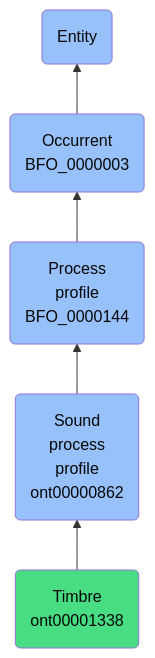
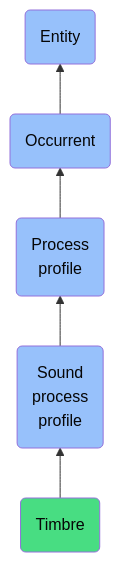
The diagram in docs/ontology/reference/model/Entity/Occurrent/Process profile/Sound process profile/Timbre/Timbre.md (jupyter-naas/abi), drawn with Mermaid before and after one commit. The commit also changed other lines of this file and 1430 other files, not shown here.

````diff
--- a/docs/ontology/reference/model/Entity/Occurrent/Process profile/Sound process profile/Timbre/Timbre.md
+++ b/docs/ontology/reference/model/Entity/Occurrent/Process profile/Sound process profile/Timbre/Timbre.md
@@ -24,12 +24,12 @@
 ```mermaid
 graph BT
-    ont00001338(Timbre<br>ont00001338):::ABI-->ont00000862
-    ont00000862(Sound<br>process<br>profile<br>ont00000862):::BFO-->BFO_0000144
-    BFO_0000144(Process<br>profile<br>BFO_0000144):::BFO-->BFO_0000003
-    BFO_0000003(Occurrent<br>BFO_0000003):::BFO-->BFO_0000001
+    ont00001338(Timbre):::ABI-->ont00000862
+    ont00000862(Sound<br>process<br>profile):::BFO-->BFO_0000144
+    BFO_0000144(Process<br>profile):::BFO-->BFO_0000003
+    BFO_0000003(Occurrent):::BFO-->BFO_0000001
     BFO_0000001(Entity):::BFO
     
     classDef BFO fill:#97c1fb,color:#060606
     classDef CCO fill:#e4c51e,color:#060606
     classDef ABI fill:#48DD82,color:#060606
 ```
````
